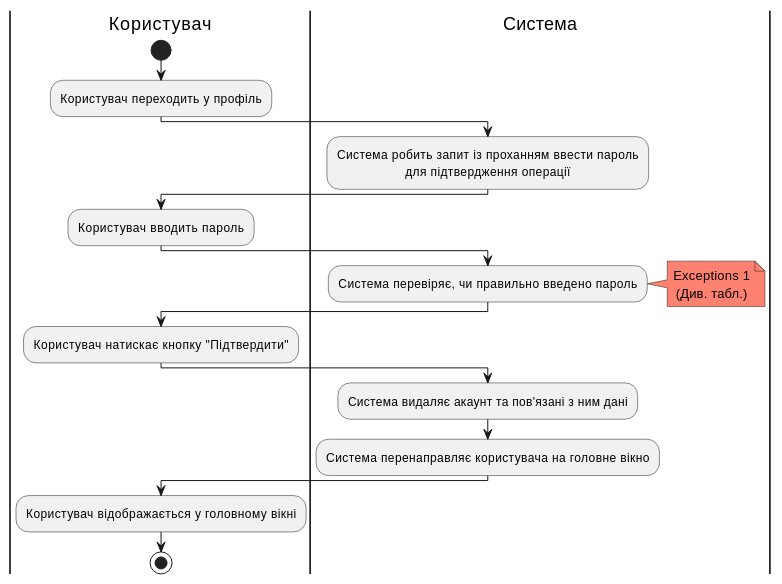
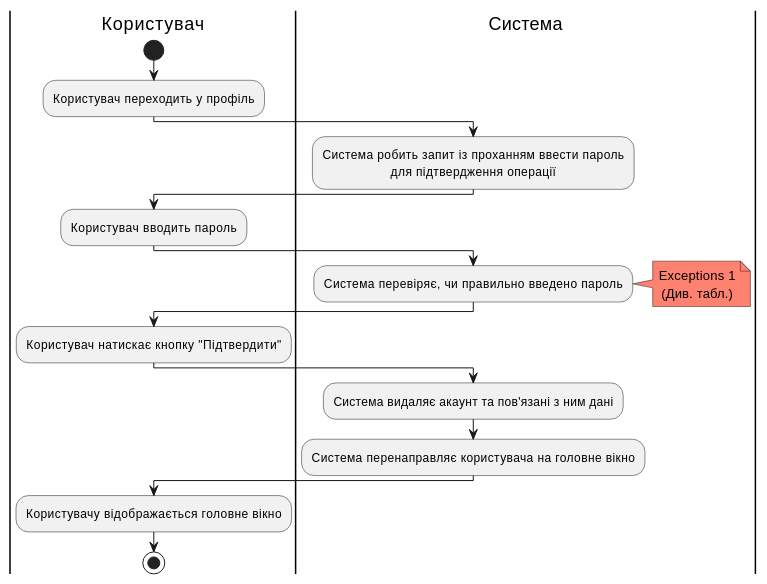
One commit to generalmaks/db_labs changed the third of 3 diagrams in docs/use_cases.md. Above: the diagram before and after it, drawn with PlantUML.

Commit message:
some fixes in RemoveUserAccount diagram

````diff
--- a/docs/use_cases.md
+++ b/docs/use_cases.md
@@ -136,37 +136,37 @@
 ```plantuml
 @startuml
 |Користувач|
 start
 skinparam defaultTextAlignment center
 
 |Користувач|
 :Користувач переходить у профіль;
 
 
 |Система|
 :Система робить запит із проханням ввести пароль 
 для підтвердження операції;
 
 |Користувач|
 :Користувач вводить пароль;
 
 |Система|
 :Система перевіряє, чи правильно введено пароль;
 note right #ff8170
 Exceptions 1
 (Див. табл.)
 end note
 
 |Користувач|
 :Користувач натискає кнопку "Підтвердити";
 
 |Система|
 :Система видаляє акаунт та пов'язані з ним дані;
 :Система перенаправляє користувача на головне вікно;
 
 |Користувач|
-:Користувач відображається у головному вікні;
+:Користувачу відображається головне вікно;
 
 stop
 @enduml
 ```
````
